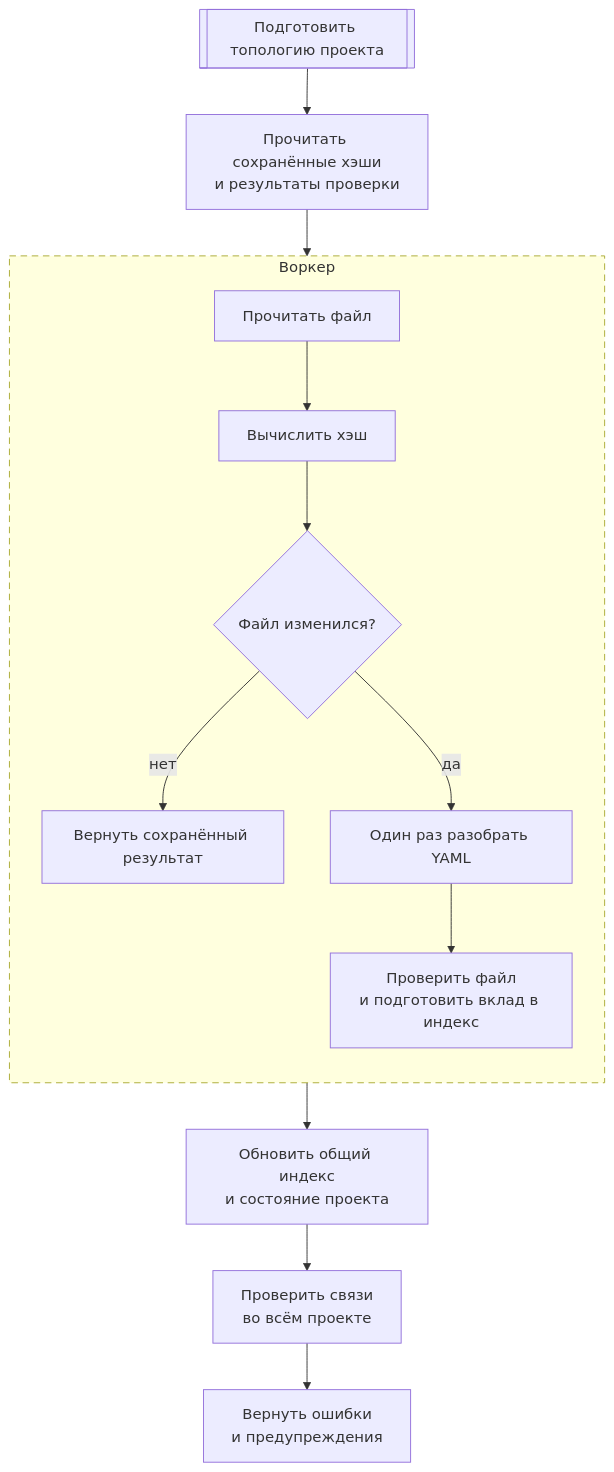
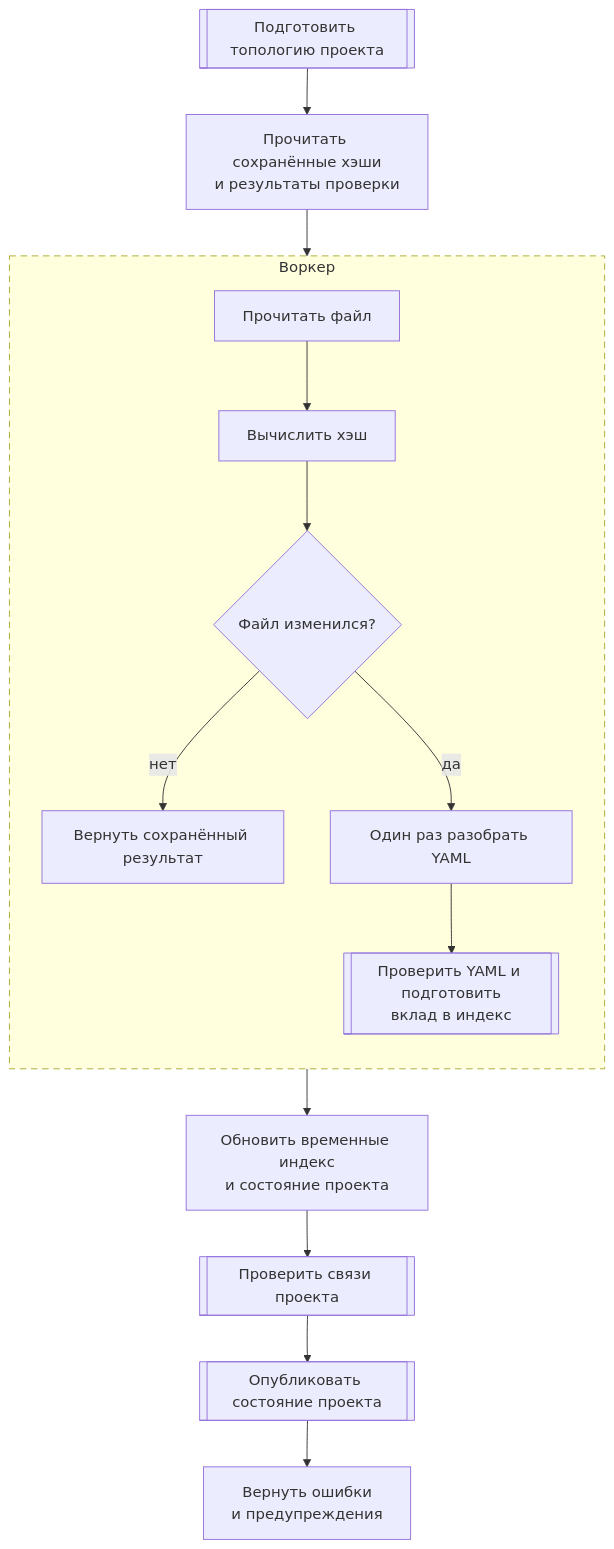
One commit to crimsongoldteam/nkdk changed the fourth of 10 diagrams in .agents/architecture.md. Above: the diagram before and after it, drawn with Mermaid. The commit also changed other lines of this file and 1 other file, not shown here.

````diff
--- a/.agents/architecture.md
+++ b/.agents/architecture.md
@@ -110,19 +131,20 @@
 ```mermaid
 flowchart TD
   topology[["Подготовить топологию проекта"]]
   state["Прочитать сохранённые хэши<br/>и результаты проверки"]
 
   subgraph validationJob["Воркер"]
     direction TD
     readFile["Прочитать файл"] --> hash["Вычислить хэш"] --> changed{"Файл изменился?"}
     changed -- "нет" --> unchanged["Вернуть сохранённый результат"]
-    changed -- "да" --> parseYaml["Один раз разобрать YAML"] --> local["Проверить файл<br/>и подготовить вклад в индекс"]
+    changed -- "да" --> parseYaml["Один раз разобрать YAML"] --> local[["Проверить YAML и подготовить<br/>вклад в индекс"]]
   end
 
-  merge["Обновить общий индекс<br/>и состояние проекта"]
-  dependency["Проверить связи<br/>во всём проекте"]
+  merge["Обновить временные индекс<br/>и состояние проекта"]
+  dependency[["Проверить связи проекта"]]
+  publish[["Опубликовать состояние проекта"]]
   diagnostics["Вернуть ошибки<br/>и предупреждения"]
 
-  topology --> state --> validationJob --> merge --> dependency --> diagnostics
+  topology --> state --> validationJob --> merge --> dependency --> publish --> diagnostics
   style validationJob stroke-dasharray: 7 5
 ```
````
